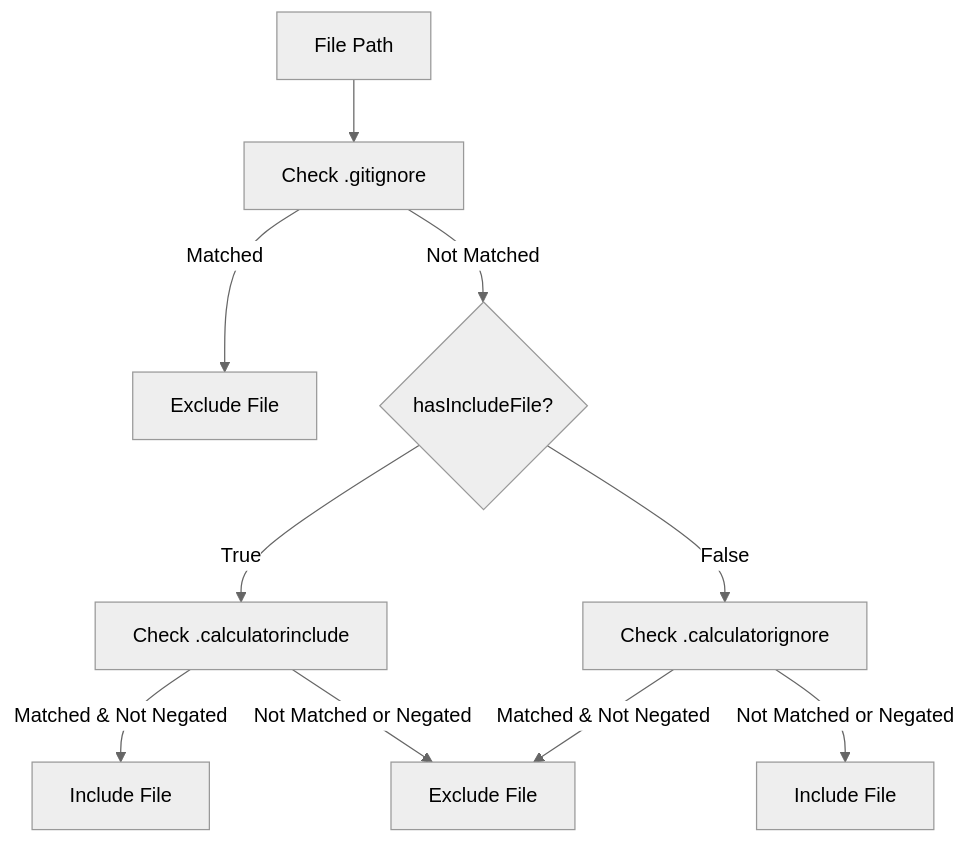
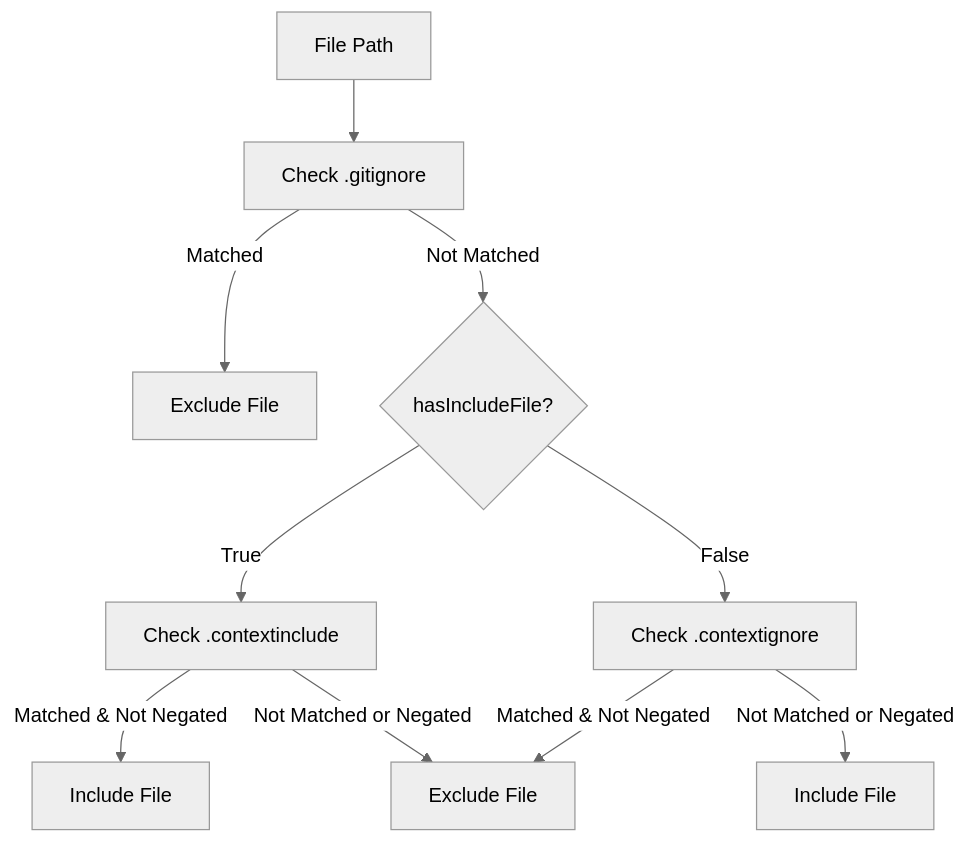
One commit to hakkisagdic/context-manager changed the third of 4 diagrams in docs/content-en/Configuration/File Filtering.md. Above: the diagram before and after it, drawn with Mermaid (neutral theme). The commit also changed other lines of this file and 93 other files, not shown here.

````diff
--- a/docs/content-en/Configuration/File Filtering.md
+++ b/docs/content-en/Configuration/File Filtering.md
@@ -149,12 +149,12 @@
 ```mermaid
 graph TD
 A[File Path] --> B[Check .gitignore]
 B --> |Matched| C[Exclude File]
 B --> |Not Matched| D{hasIncludeFile?}
-D --> |True| E[Check .calculatorinclude]
-D --> |False| F[Check .calculatorignore]
+D --> |True| E[Check .contextinclude]
+D --> |False| F[Check .contextignore]
 E --> |Matched & Not Negated| G[Include File]
 E --> |Not Matched or Negated| H[Exclude File]
 F --> |Matched & Not Negated| H[Exclude File]
 F --> |Not Matched or Negated| I[Include File]
 ```
````
